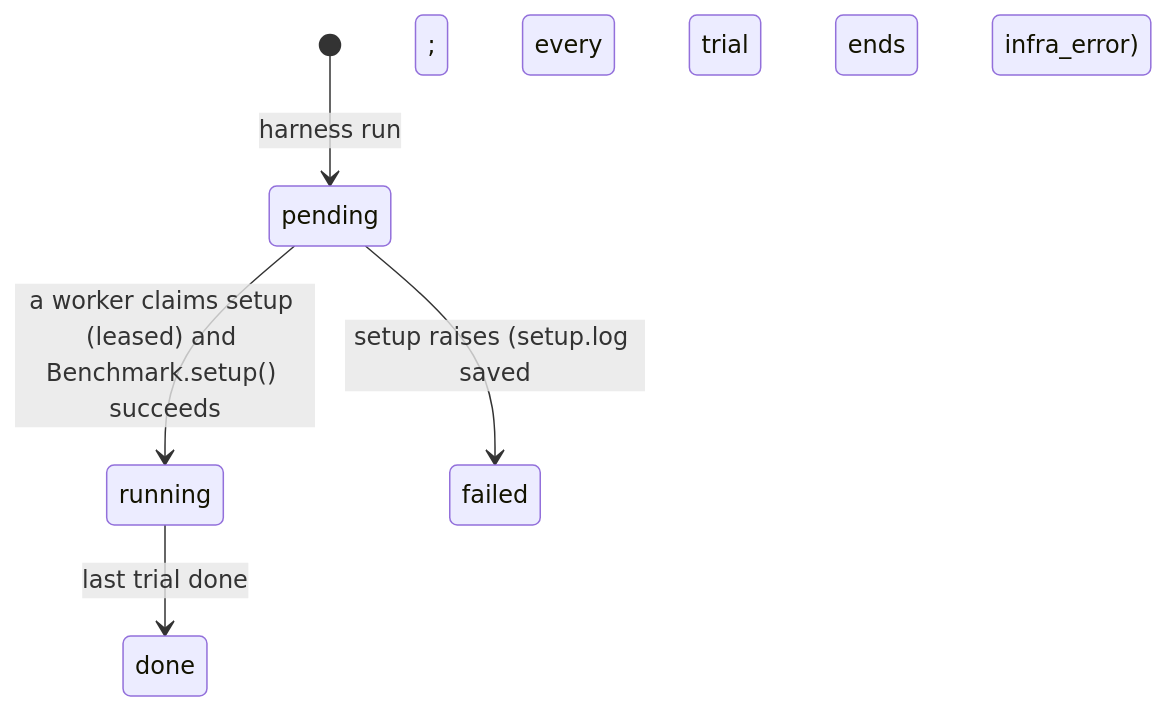
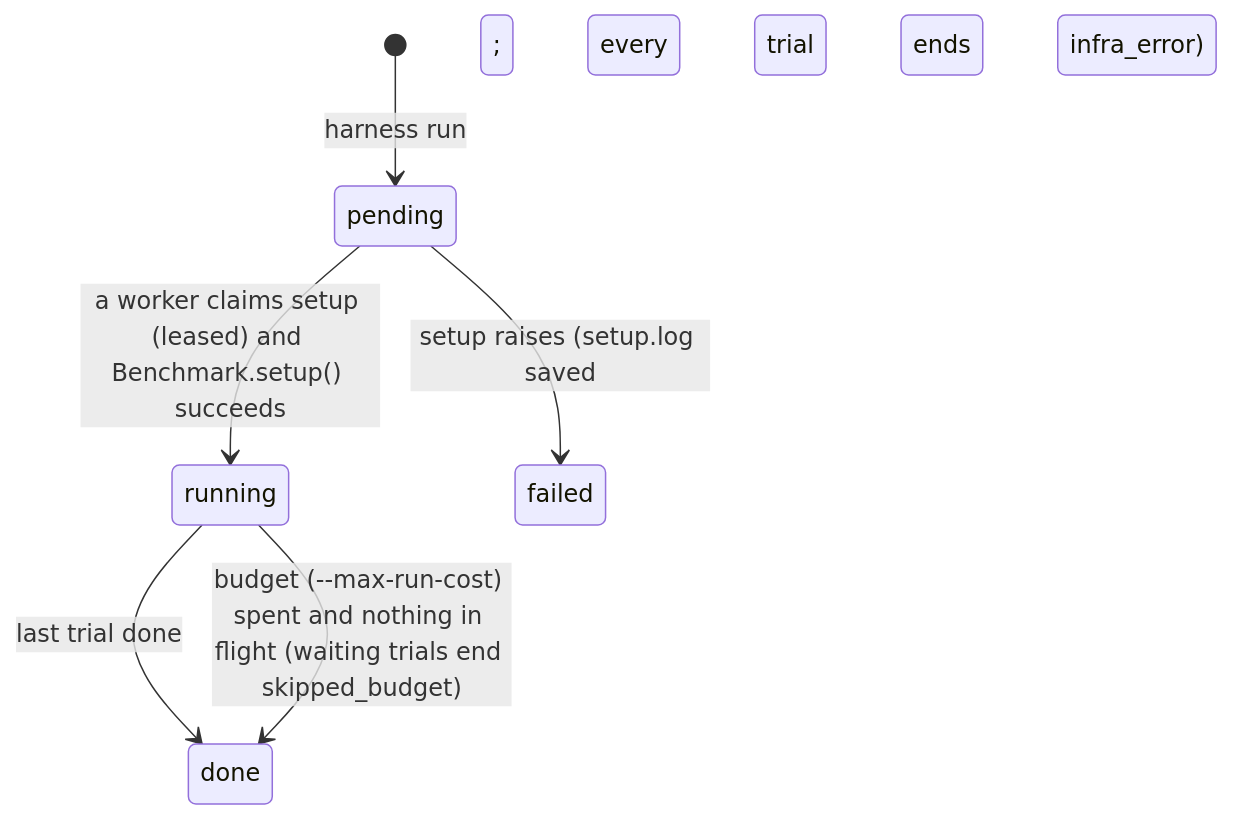
One commit to cindehaa/agentic-harness changed the first of 2 diagrams in docs/architecture.md. Above: the diagram before and after it, drawn with Mermaid. The commit also changed other lines of this file and 2 other files, not shown here.

Commit message:
README + docs: every command (cleanup, max-running), Claude Code and MCP as built, trial walkthrough with the capability check and sidecars, port tables complete, current limitations; diagram labels off the arrows

````diff
--- a/docs/architecture.md
+++ b/docs/architecture.md
@@ -31,7 +36,8 @@
 ```mermaid
 stateDiagram-v2
   [*] --> pending: harness run
   pending --> running: a worker claims setup (leased) and Benchmark.setup() succeeds
   pending --> failed: setup raises (setup.log saved; every trial ends infra_error)
   running --> done: last trial done
+  running --> done: budget (--max-run-cost) spent and nothing in flight (waiting trials end skipped_budget)
 ```
````
